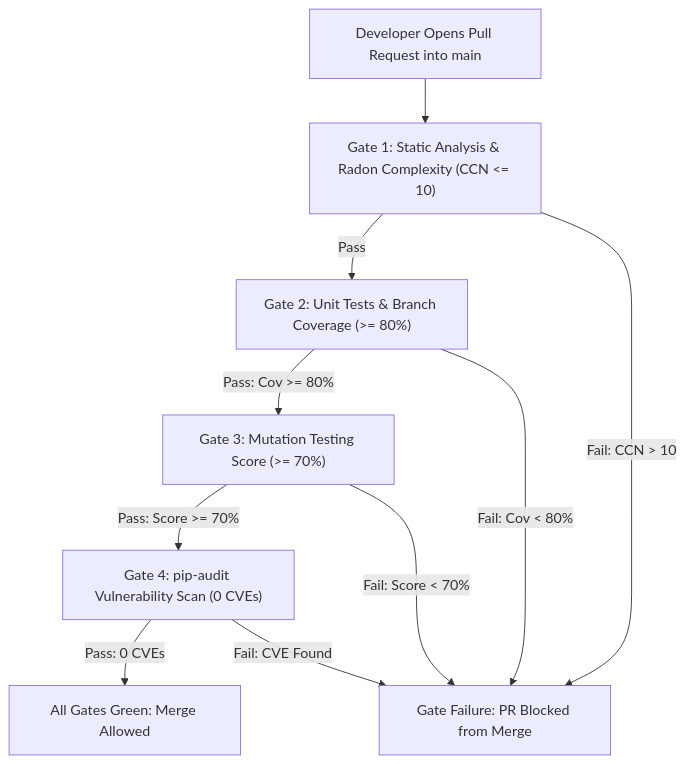
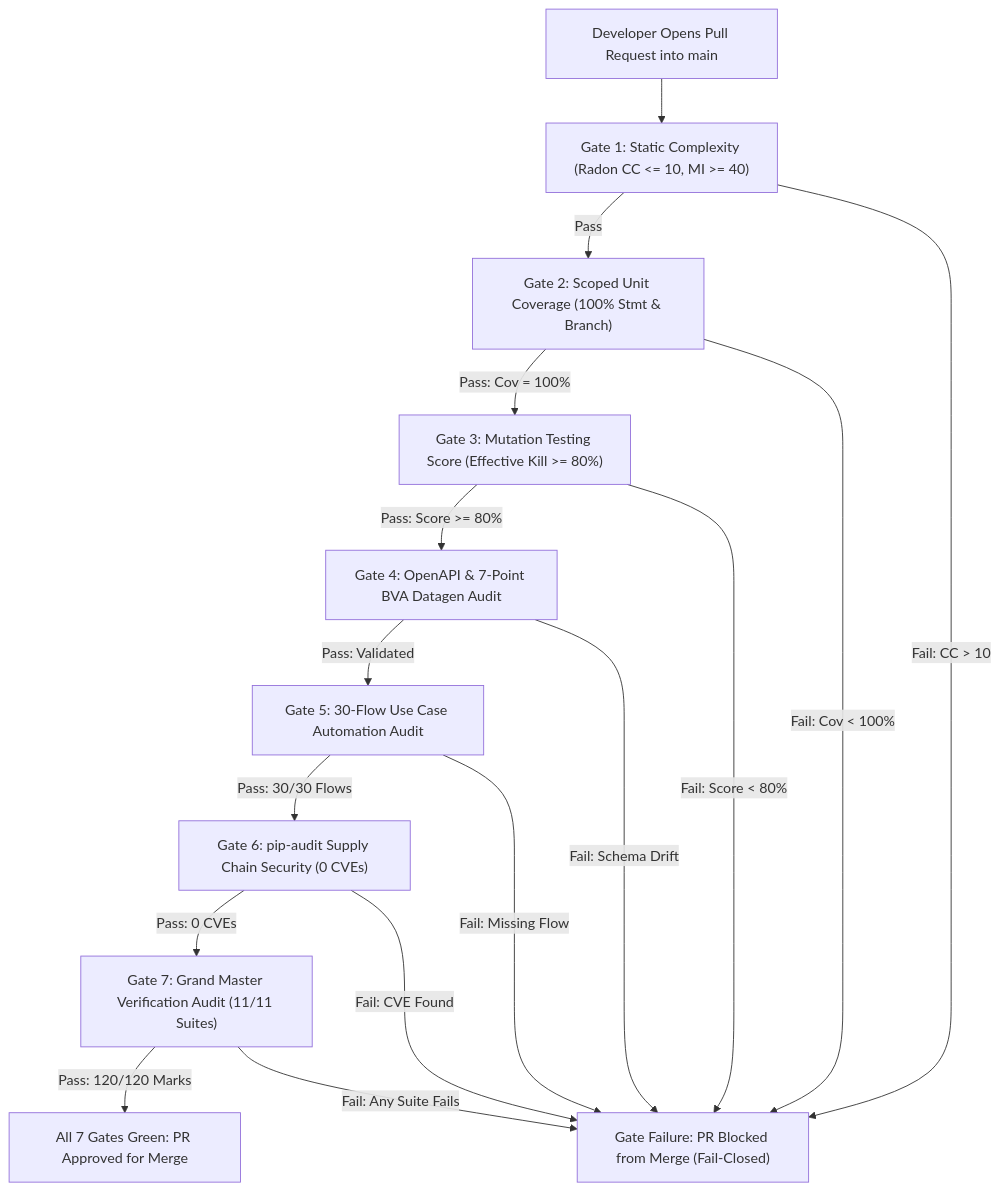
Before and after one commit to sohaibAkhlaq/sqe_pretix_project: the diagram in docs/ci-gate-demo.md, drawn with Mermaid. The commit also changed other lines of this file and 6 other files, not shown here.

Commit message:
ci(gate): enforce 7 fail-closed gates, update test plan, and flip completion report to GO release (Area 1 - Sohaib)

````diff
--- a/docs/ci-gate-demo.md
+++ b/docs/ci-gate-demo.md
@@ -14,20 +14,29 @@
 ```mermaid
 flowchart TD
     PR["Developer Opens Pull Request into main"]
-    G1["Gate 1: Static Analysis & Radon Complexity (CCN <= 10)"]
-    G2["Gate 2: Unit Tests & Branch Coverage (>= 80%)"]
-    G3["Gate 3: Mutation Testing Score (>= 70%)"]
-    G4["Gate 4: pip-audit Vulnerability Scan (0 CVEs)"]
-    Pass["All Gates Green: Merge Allowed"]
-    Block["Gate Failure: PR Blocked from Merge"]
+    G1["Gate 1: Static Complexity (Radon CC <= 10, MI >= 40)"]
+    G2["Gate 2: Scoped Unit Coverage (100% Stmt & Branch)"]
+    G3["Gate 3: Mutation Testing Score (Effective Kill >= 80%)"]
+    G4["Gate 4: OpenAPI & 7-Point BVA Datagen Audit"]
+    G5["Gate 5: 30-Flow Use Case Automation Audit"]
+    G6["Gate 6: pip-audit Supply Chain Security (0 CVEs)"]
+    G7["Gate 7: Grand Master Verification Audit (11/11 Suites)"]
+    Pass["All 7 Gates Green: PR Approved for Merge"]
+    Block["Gate Failure: PR Blocked from Merge (Fail-Closed)"]
 
     PR --> G1
     G1 -->|Pass| G2
-    G1 -->|Fail: CCN > 10| Block
-    G2 -->|Pass: Cov >= 80%| G3
-    G2 -->|Fail: Cov < 80%| Block
-    G3 -->|Pass: Score >= 70%| G4
-    G3 -->|Fail: Score < 70%| Block
-    G4 -->|Pass: 0 CVEs| Pass
-    G4 -->|Fail: CVE Found| Block
+    G1 -->|Fail: CC > 10| Block
+    G2 -->|Pass: Cov = 100%| G3
+    G2 -->|Fail: Cov < 100%| Block
+    G3 -->|Pass: Score >= 80%| G4
+    G3 -->|Fail: Score < 80%| Block
+    G4 -->|Pass: Validated| G5
+    G4 -->|Fail: Schema Drift| Block
+    G5 -->|Pass: 30/30 Flows| G6
+    G5 -->|Fail: Missing Flow| Block
+    G6 -->|Pass: 0 CVEs| G7
+    G6 -->|Fail: CVE Found| Block
+    G7 -->|Pass: 120/120 Marks| Pass
+    G7 -->|Fail: Any Suite Fails| Block
 ```
````
